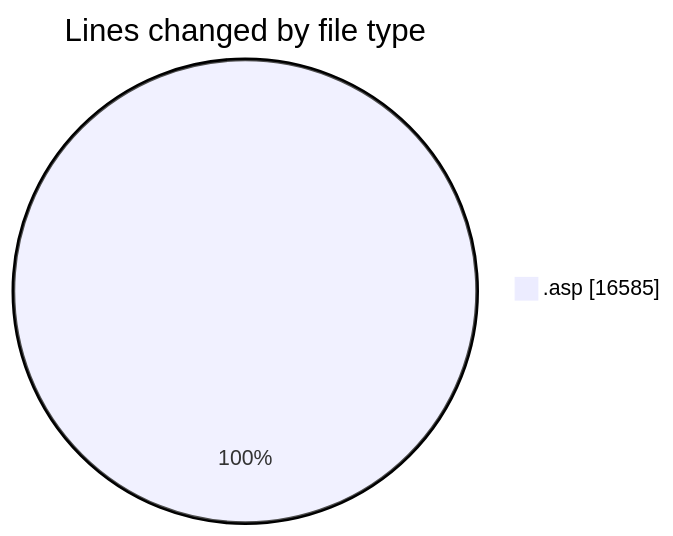
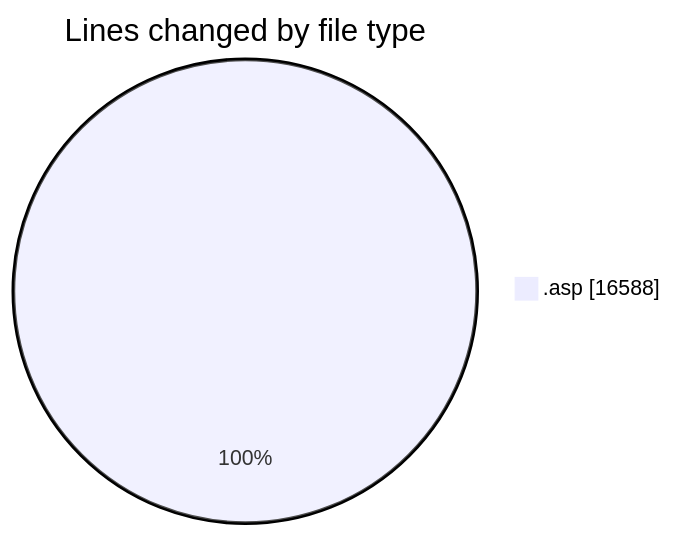
One commit to julien-gomy/code-tracking changed the first of 2 diagrams in 2025-11-14/cdp_aleoudev_fr__workspace_/README.md. Above: the diagram before and after it, drawn with Mermaid. The commit also changed other lines of this file and 1 other file, not shown here.

````diff
--- a/2025-11-14/cdp_aleoudev_fr__workspace_/README.md
+++ b/2025-11-14/cdp_aleoudev_fr__workspace_/README.md
@@ -33,5 +33,5 @@
 ```mermaid
 pie showData
 title Lines changed by file type
-".asp" : 16585
+".asp" : 16588
 ```
````
